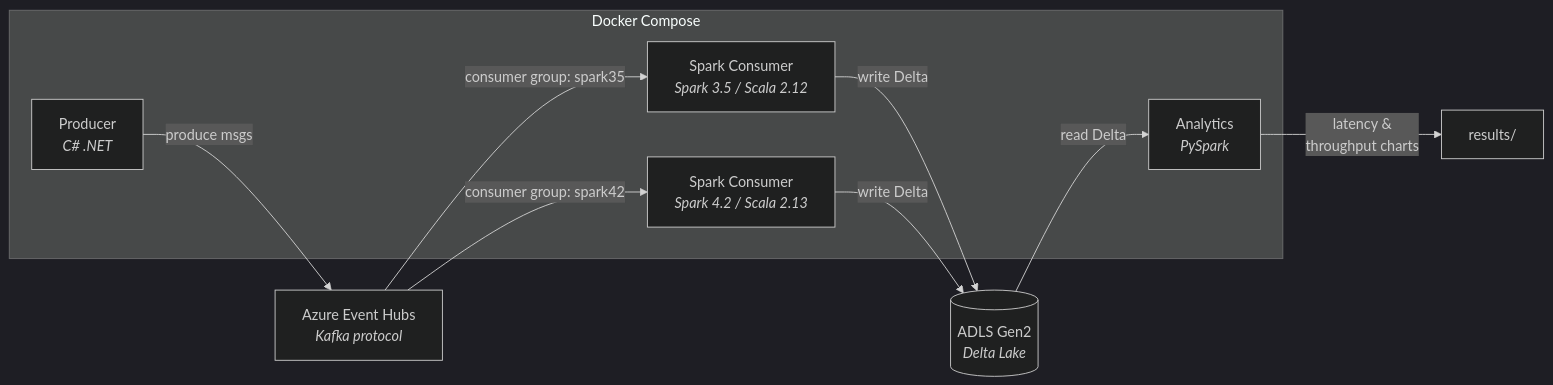
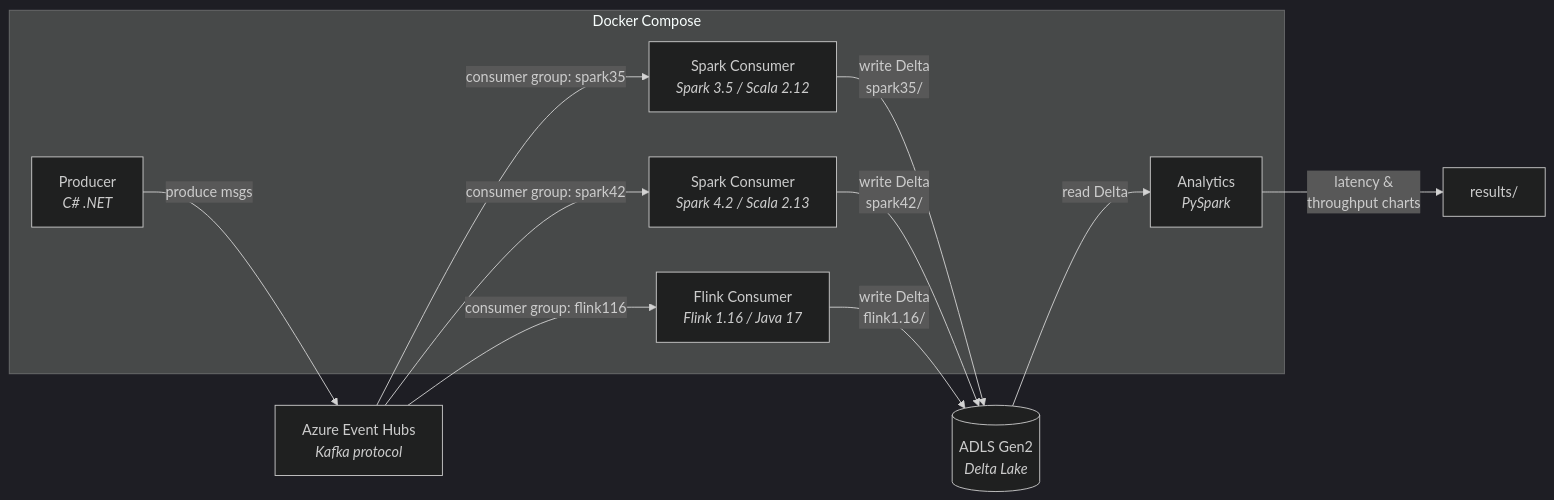
Before and after one commit to mdrakiburrahman/stream-processing-benchmark: the diagram in README.md, drawn with Mermaid (dark theme). The commit also changed 13 other files, not shown here.

````diff
--- a/README.md
+++ b/README.md
@@ -5,20 +5,23 @@
 ```mermaid
 graph LR
     subgraph Docker Compose
         P[Producer<br/><i>C# .NET</i>]
         S35[Spark Consumer<br/><i>Spark 3.5 / Scala 2.12</i>]
         S42[Spark Consumer<br/><i>Spark 4.2 / Scala 2.13</i>]
+        F116[Flink Consumer<br/><i>Flink 1.16 / Java 17</i>]
         A[Analytics<br/><i>PySpark</i>]
     end
 
     EH[Azure Event Hubs<br/><i>Kafka protocol</i>]
     ADLS[(ADLS Gen2<br/><i>Delta Lake</i>)]
 
     P -- "produce msgs" --> EH
     EH -- "consumer group: spark35" --> S35
+    EH -- "consumer group: flink116" --> F116
     EH -- "consumer group: spark42" --> S42
-    S35 -- "write Delta" --> ADLS
-    S42 -- "write Delta" --> ADLS
+    S35 -- "write Delta<br/>spark35/" --> ADLS
+    S42 -- "write Delta<br/>spark42/" --> ADLS
+    F116 -- "write Delta<br/>flink1.16/" --> ADLS
     ADLS -- "read Delta" --> A
     A -- "latency &<br/>throughput charts" --> R[results/]
 ```
````
